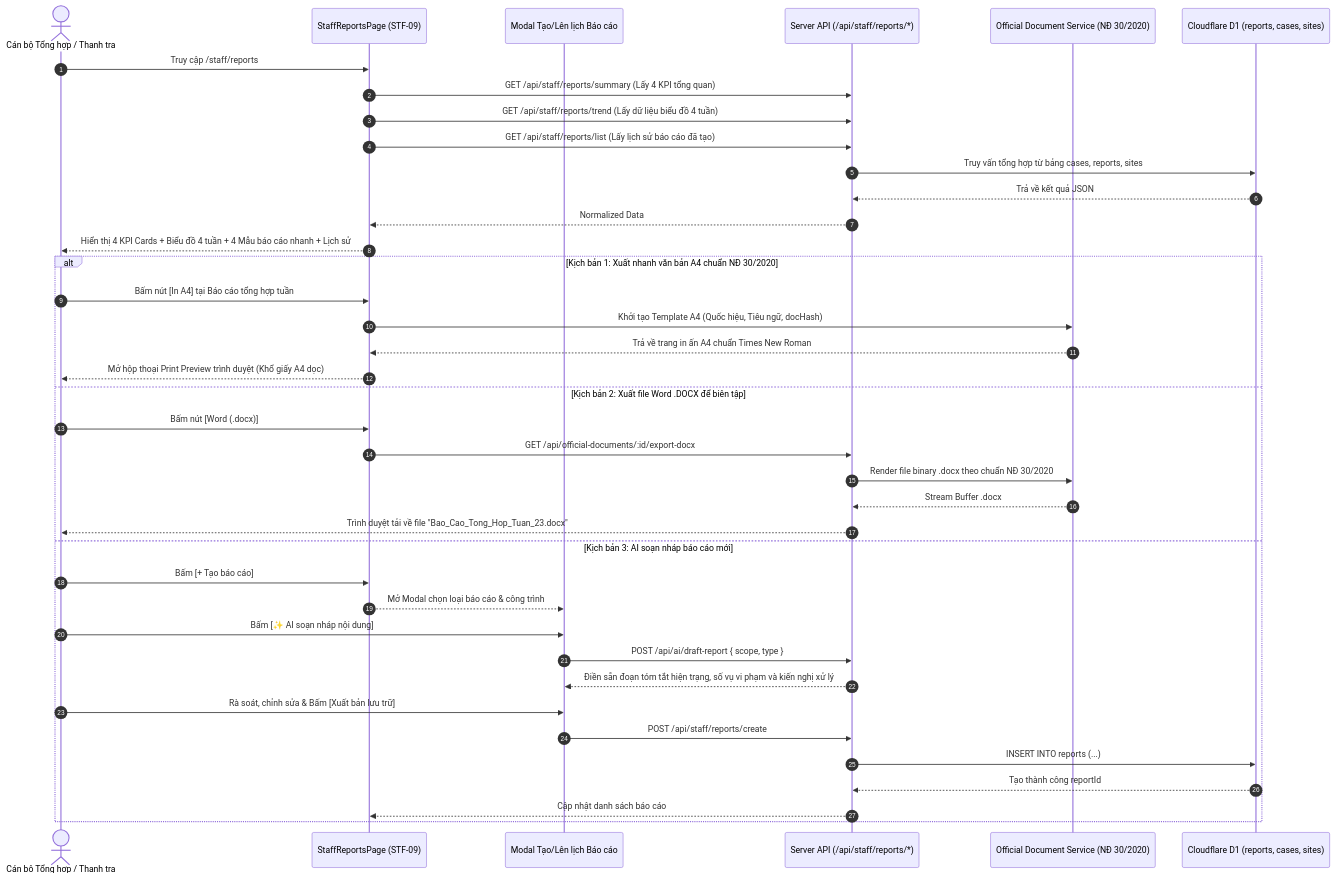
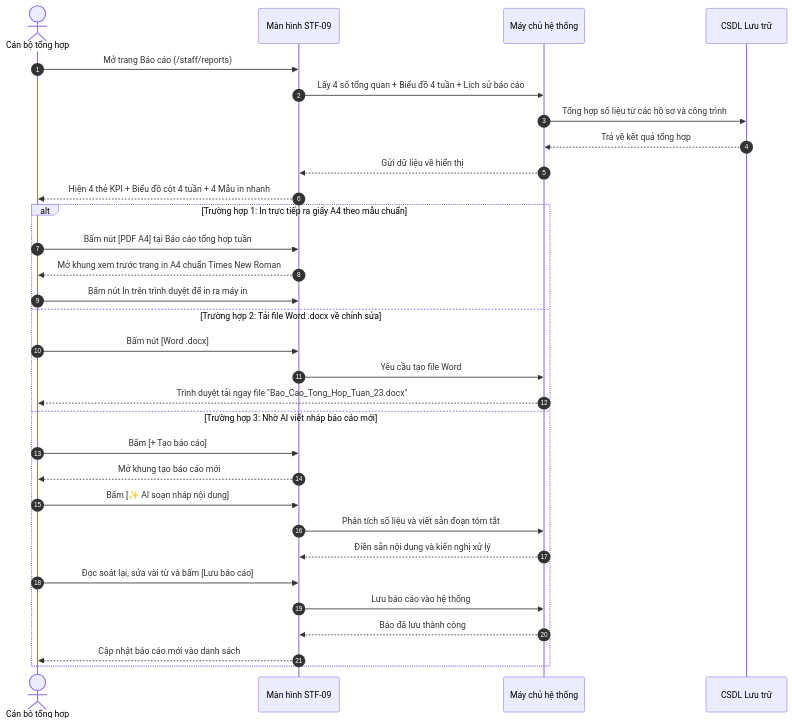
One commit to 26730023-PhamPhuNguyenHung/unicef-dustguard changed the diagram in docs/product/screens/STAFF-09-reports.md. Above: the diagram before and after it, drawn with Mermaid. The commit also changed other lines of this file and 30 other files, not shown here.

````diff
--- a/docs/product/screens/STAFF-09-reports.md
+++ b/docs/product/screens/STAFF-09-reports.md
@@ -53,43 +55,35 @@
 ```mermaid
 sequenceDiagram
     autonumber
-    actor Staff as Cán bộ Tổng hợp / Thanh tra
-    participant UI as StaffReportsPage (STF-09)
-    participant Modal as Modal Tạo/Lên lịch Báo cáo
-    participant API as Server API (/api/staff/reports/*)
-    participant DocEngine as Official Document Service (NĐ 30/2020)
-    participant DB as Cloudflare D1 (reports, cases, sites)
+    actor CB as Cán bộ tổng hợp
+    participant MH as Màn hình STF-09
+    participant SV as Máy chủ hệ thống
+    participant DB as CSDL Lưu trữ
 
-    Staff->>UI: Truy cập /staff/reports
-    UI->>API: GET /api/staff/reports/summary (Lấy 4 KPI tổng quan)
-    UI->>API: GET /api/staff/reports/trend (Lấy dữ liệu biểu đồ 4 tuần)
-    UI->>API: GET /api/staff/reports/list (Lấy lịch sử báo cáo đã tạo)
-    API->>DB: Truy vấn tổng hợp từ bảng cases, reports, sites
-    DB-->>API: Trả về kết quả JSON
-    API-->>UI: Normalized Data
-    UI-->>Staff: Hiển thị 4 KPI Cards + Biểu đồ 4 tuần + 4 Mẫu báo cáo nhanh + Lịch sử
+    CB->>MH: Mở trang Báo cáo (/staff/reports)
+    MH->>SV: Lấy 4 số tổng quan + Biểu đồ 4 tuần + Lịch sử báo cáo
+    SV->>DB: Tổng hợp số liệu từ các hồ sơ và công trình
+    DB-->>SV: Trả về kết quả tổng hợp
+    SV-->>MH: Gửi dữ liệu về hiển thị
+    MH-->>CB: Hiện 4 thẻ KPI + Biểu đồ cột 4 tuần + 4 Mẫu in nhanh
 
-    alt Kịch bản 1: Xuất nhanh văn bản A4 chuẩn NĐ 30/2020
-        Staff->>UI: Bấm nút [In A4] tại Báo cáo tổng hợp tuần
-        UI->>DocEngine: Khởi tạo Template A4 (Quốc hiệu, Tiêu ngữ, docHash)
-        DocEngine-->>UI: Trả về trang in ấn A4 chuẩn Times New Roman
-        UI-->>Staff: Mở hộp thoại Print Preview trình duyệt (Khổ giấy A4 dọc)
-    else Kịch bản 2: Xuất file Word .DOCX để biên tập
-        Staff->>UI: Bấm nút [Word (.docx)]
-        UI->>API: GET /api/official-documents/:id/export-docx
-        API->>DocEngine: Render file binary .docx theo chuẩn NĐ 30/2020
-        DocEngine-->>API: Stream Buffer .docx
-        API-->>Staff: Trình duyệt tải về file "Bao_Cao_Tong_Hop_Tuan_23.docx"
-    else Kịch bản 3: AI soạn nháp báo cáo mới
-        Staff->>UI: Bấm [+ Tạo báo cáo]
-        UI-->>Modal: Mở Modal chọn loại báo cáo & công trình
-        Staff->>Modal: Bấm [✨ AI soạn nháp nội dung]
-        Modal->>API: POST /api/ai/draft-report { scope, type }
-        API-->>Modal: Điền sẵn đoạn tóm tắt hiện trạng, số vụ vi phạm và kiến nghị xử lý
-        Staff->>Modal: Rà soát, chỉnh sửa & Bấm [Xuất bản lưu trữ]
-        Modal->>API: POST /api/staff/reports/create
-        API->>DB: INSERT INTO reports (...)
-        DB-->>API: Tạo thành công reportId
-        API-->>UI: Cập nhật danh sách báo cáo
+    alt Trường hợp 1: In trực tiếp ra giấy A4 theo mẫu chuẩn
+        CB->>MH: Bấm nút [PDF A4] tại Báo cáo tổng hợp tuần
+        MH-->>CB: Mở khung xem trước trang in A4 chuẩn Times New Roman
+        CB->>MH: Bấm nút In trên trình duyệt để in ra máy in
+    else Trường hợp 2: Tải file Word .docx về chỉnh sửa
+        CB->>MH: Bấm nút [Word .docx]
+        MH->>SV: Yêu cầu tạo file Word
+        SV-->>CB: Trình duyệt tải ngay file "Bao_Cao_Tong_Hop_Tuan_23.docx"
+    else Trường hợp 3: Nhờ AI viết nháp báo cáo mới
+        CB->>MH: Bấm [+ Tạo báo cáo]
+        MH-->>CB: Mở khung tạo báo cáo mới
+        CB->>MH: Bấm [✨ AI soạn nháp nội dung]
+        MH->>SV: Phân tích số liệu và viết sẵn đoạn tóm tắt
+        SV-->>MH: Điền sẵn nội dung và kiến nghị xử lý
+        CB->>MH: Đọc soát lại, sửa vài từ và bấm [Lưu báo cáo]
+        MH->>SV: Lưu báo cáo vào hệ thống
+        SV-->>MH: Báo đã lưu thành công
+        MH-->>CB: Cập nhật báo cáo mới vào danh sách
     end
 ```
````
